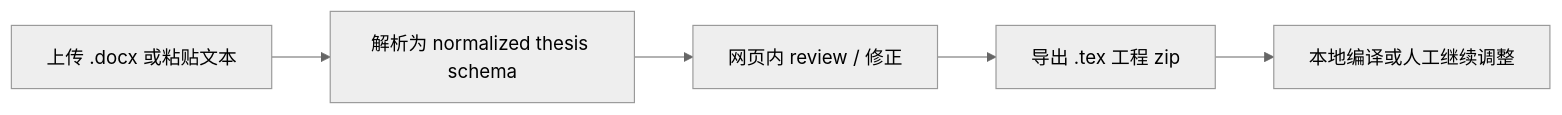
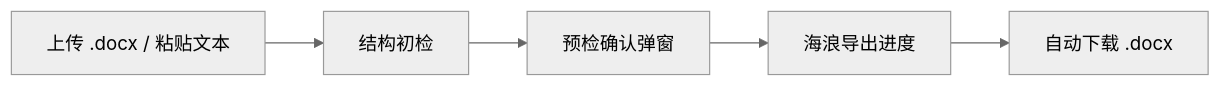
The diagram in README.md (Jia-Ethan/forma), drawn with Mermaid (neutral theme) before and after one commit. The commit also changed other lines of this file and 10 other files, not shown here.

````diff
--- a/README.md
+++ b/README.md
@@ -57,7 +17,7 @@
 ```mermaid
 flowchart LR
-  A["上传 .docx 或粘贴文本"] --> B["解析为 normalized thesis schema"]
-  B --> C["网页内 review / 修正"]
-  C --> D["导出 .tex 工程 zip"]
-  D --> E["本地编译或人工继续调整"]
+  A["上传 .docx / 粘贴文本"] --> B["结构初检"]
+  B --> C["预检确认弹窗"]
+  C --> D["海浪导出进度"]
+  D --> E["自动下载 .docx"]
 ```
````
